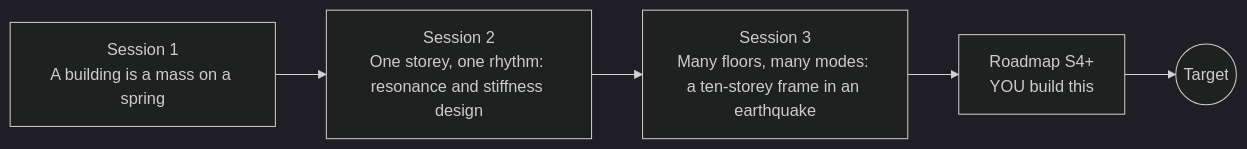
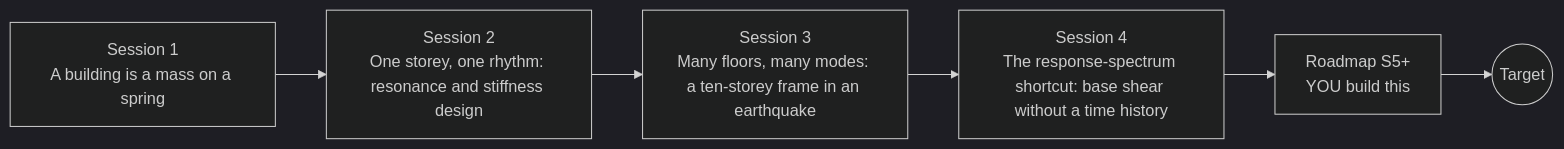
Before and after one commit to KrunalPanchal1995/openbuildingsway: the diagram in README.md, drawn with Mermaid (dark theme). The commit also changed other lines of this file and 20 other files, not shown here.

First line of the commit message:
Add Session 4: The response-spectrum shortcut

````diff
--- a/README.md
+++ b/README.md
@@ -87,9 +88,10 @@
 ```mermaid
 flowchart LR
   S1[Session 1<br/>A building is a mass on a spring]
   S2[Session 2<br/>One storey, one rhythm: resonance and stiffness design]
   S3[Session 3<br/>Many floors, many modes: a ten-storey frame in an earthquake]
-  R[Roadmap S4+<br/>YOU build this]
+  S4[Session 4<br/>The response-spectrum shortcut: base shear without a time history]
+  R[Roadmap S5+<br/>YOU build this]
   T((Target))
-  S1 --> S2 --> S3 --> R --> T
+  S1 --> S2 --> S3 --> S4 --> R --> T
 ```
````
